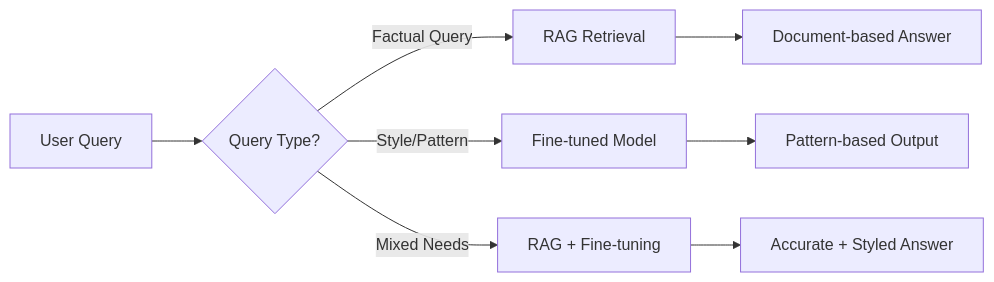
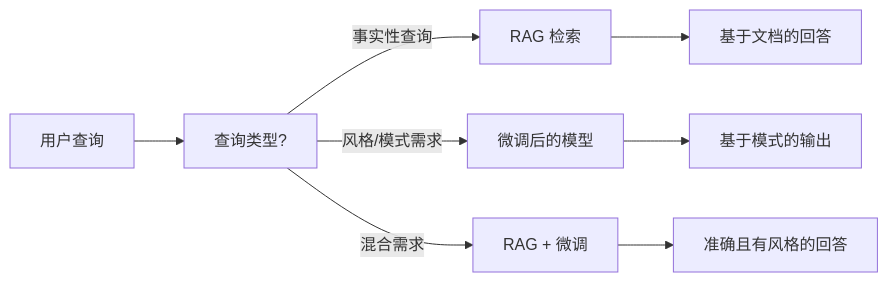
One commit to YiWang24/AiDIY changed the sixth of 15 diagrams in i18n/zh-Hans/docusaurus-plugin-content-docs/current/ai/rag/01-introduction.mdx. Above: the diagram before and after it, drawn with Mermaid. The commit also changed other lines of this file and 59 other files, not shown here.

````diff
--- a/i18n/zh-Hans/docusaurus-plugin-content-docs/current/ai/rag/01-introduction.mdx
+++ b/i18n/zh-Hans/docusaurus-plugin-content-docs/current/ai/rag/01-introduction.mdx
@@ -357,12 +357,12 @@
 ```mermaid
 flowchart LR
-    A["User Query"] --> B{"Query Type?"}
+    A["用户查询"] --> B["查询类型?"]
 
-    B -->|Factual Query| C["RAG Retrieval"]
-    B -->|Style/Pattern| D["Fine-tuned Model"]
-    B -->|Mixed Needs| E["RAG + Fine-tuning"]
+    B -->|事实性查询| C["RAG 检索"]
+    B -->|风格/模式需求| D["微调后的模型"]
+    B -->|混合需求| E["RAG + 微调"]
 
-    C --> F["Document-based Answer"]
-    D --> G["Pattern-based Output"]
-    E --> H["Accurate + Styled Answer"]
+    C --> F["基于文档的回答"]
+    D --> G["基于模式的输出"]
+    E --> H["准确且有风格的回答"]
 ```
````
